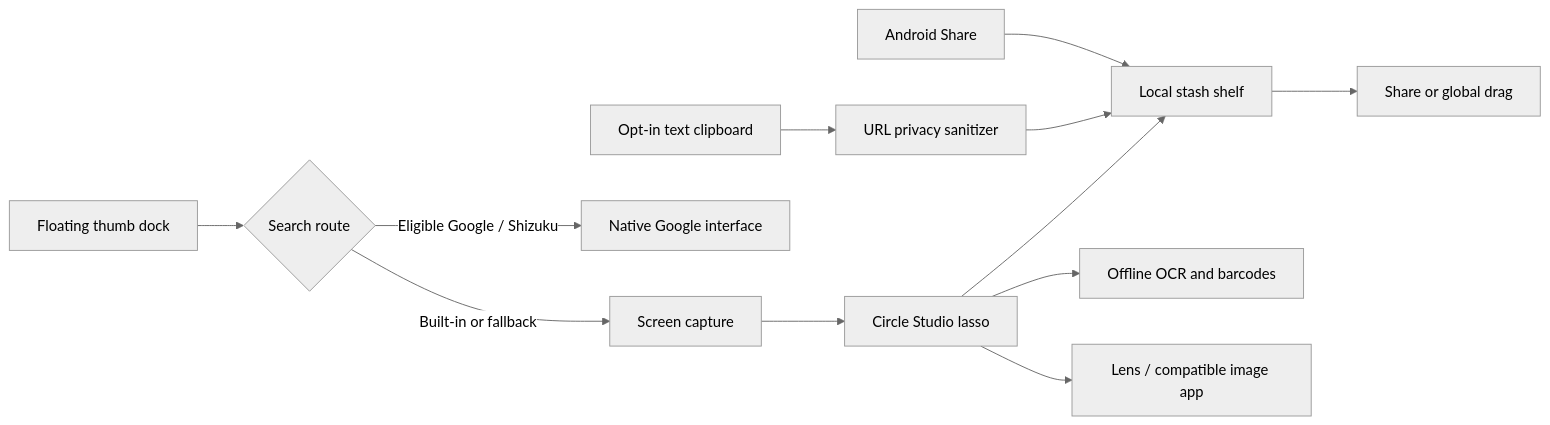
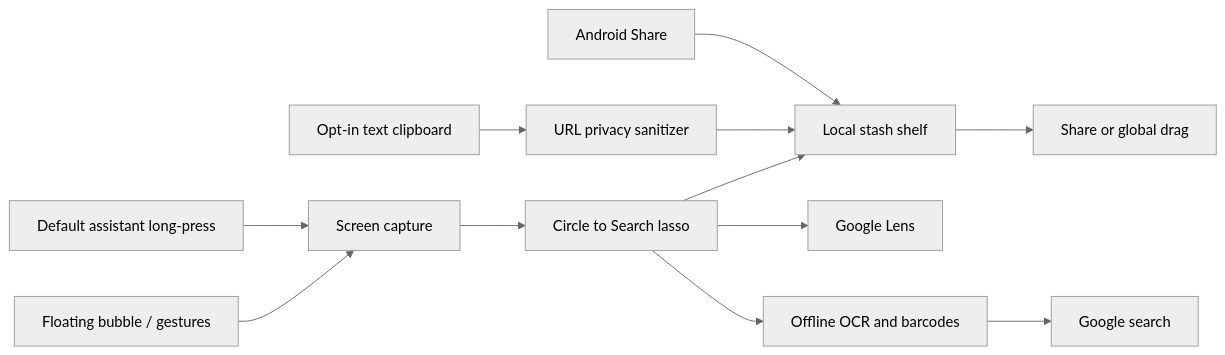
Before and after one commit to ankitchanki/New: the diagram in README.md, drawn with Mermaid (neutral theme). The commit also changed other lines of this file and 49 other files, not shown here.

````diff
--- a/README.md
+++ b/README.md
@@ -152,14 +153,14 @@
 ```mermaid
 flowchart LR
     Share[Android Share] --> Shelf[Local stash shelf]
     Copy[Opt-in text clipboard] --> Clean[URL privacy sanitizer]
     Clean --> Shelf
-    Dock[Floating thumb dock] --> Search{Search route}
-    Search -->|Eligible Google / Shizuku| Native[Native Google interface]
-    Search -->|Built-in or fallback| Capture[Screen capture]
-    Capture --> Studio[Circle Studio lasso]
-    Studio --> ML[Offline OCR and barcodes]
-    Studio --> Shelf
-    Studio --> Lens[Lens / compatible image app]
+    Dock[Floating bubble / gestures] --> Capture[Screen capture]
+    Assist[Default assistant long-press] --> Capture
+    Capture --> Circle[Circle to Search lasso]
+    Circle --> ML[Offline OCR and barcodes]
+    ML --> Google[Google search]
+    Circle --> Lens[Google Lens]
+    Circle --> Shelf
     Shelf --> Out[Share or global drag]
 ```
````
